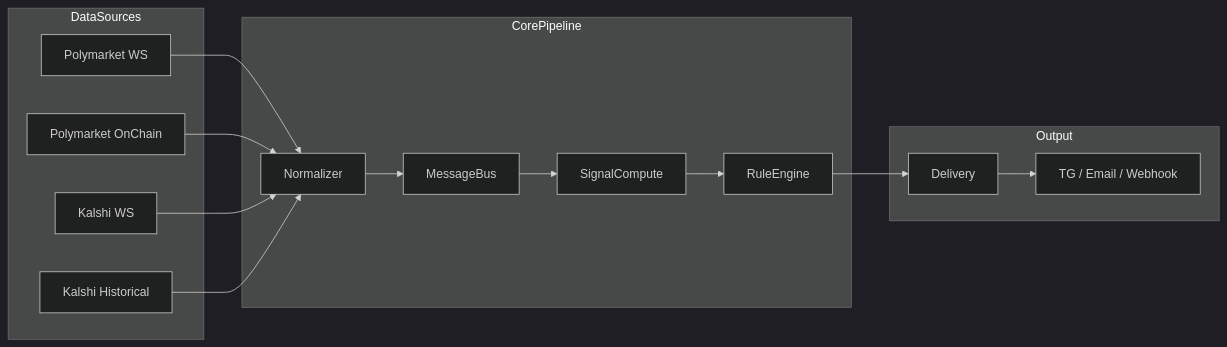
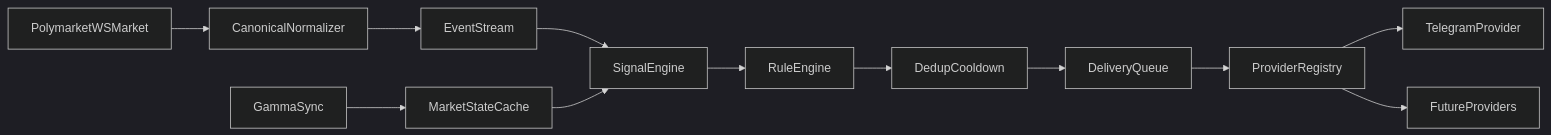
One commit to MarchenkoRuslan/alarm_system changed the first of 3 diagrams in docs/architecture/architecture-deck.md. Above: the diagram before and after it, drawn with Mermaid (dark theme). The commit also changed other lines of this file and 18 other files, not shown here.

First line of the commit message:
Add .gitignore and update architecture documentation for Polymarket MVP

````diff
--- a/docs/architecture/architecture-deck.md
+++ b/docs/architecture/architecture-deck.md
@@ -43,31 +28,14 @@
 ```mermaid
 flowchart LR
-  subgraph sources [DataSources]
-    PolyWS[Polymarket WS]
-    PolyChain[Polymarket OnChain]
-    KalshiWS[Kalshi WS]
-    KalshiHist[Kalshi Historical]
-  end
-
-  subgraph core [CorePipeline]
-    Norm[Normalizer]
-    Kafka[MessageBus]
-    Signal[SignalCompute]
-    Rules[RuleEngine]
-  end
-
-  subgraph out [Output]
-    Notify[Delivery]
-    Channels[TG / Email / Webhook]
-  end
-
-  PolyWS --> Norm
-  PolyChain --> Norm
-  KalshiWS --> Norm
-  KalshiHist --> Norm
-  Norm --> Kafka
-  Kafka --> Signal
-  Signal --> Rules
-  Rules --> Notify
-  Notify --> Channels
+  ws[PolymarketWSMarket] --> normalize[CanonicalNormalizer]
+  gamma[GammaSync] --> marketState[MarketStateCache]
+  normalize --> stream[EventStream]
+  stream --> signals[SignalEngine]
+  marketState --> signals
+  signals --> rules[RuleEngine]
+  rules --> dedup[DedupCooldown]
+  dedup --> queue[DeliveryQueue]
+  queue --> registry[ProviderRegistry]
+  registry --> tg[TelegramProvider]
+  registry --> ext[FutureProviders]
 ```
````
